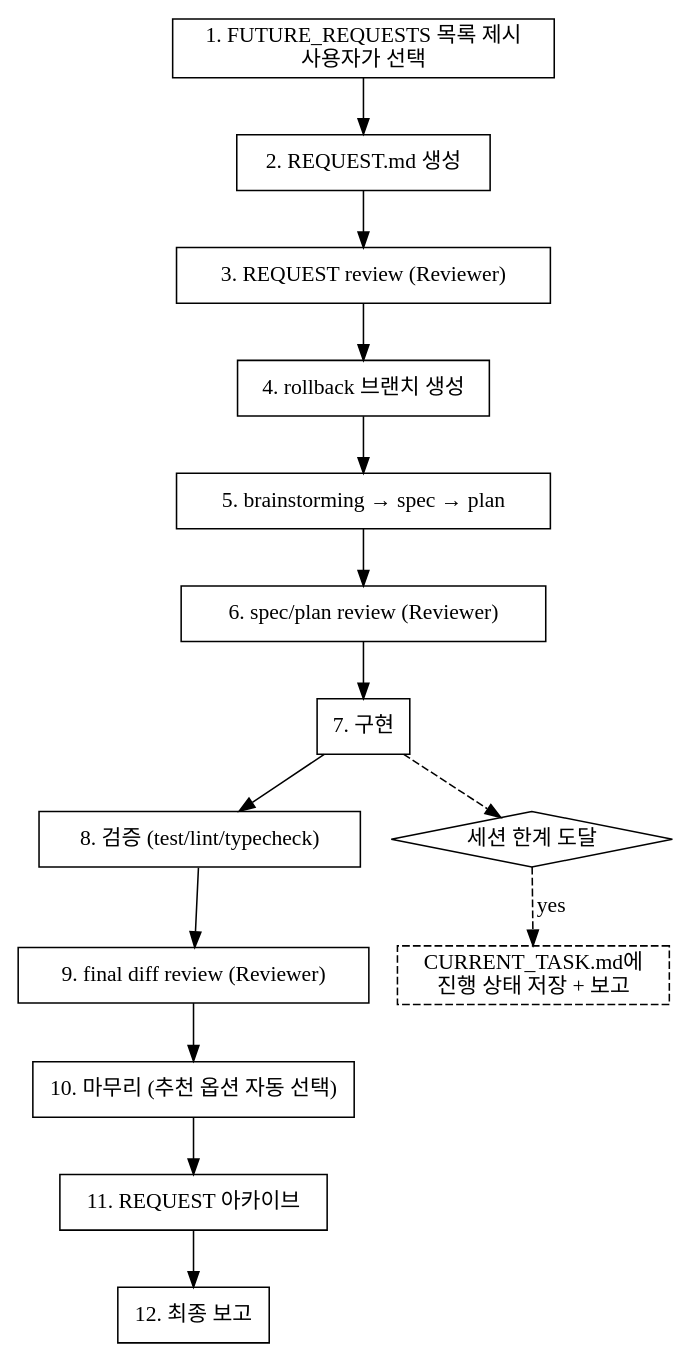
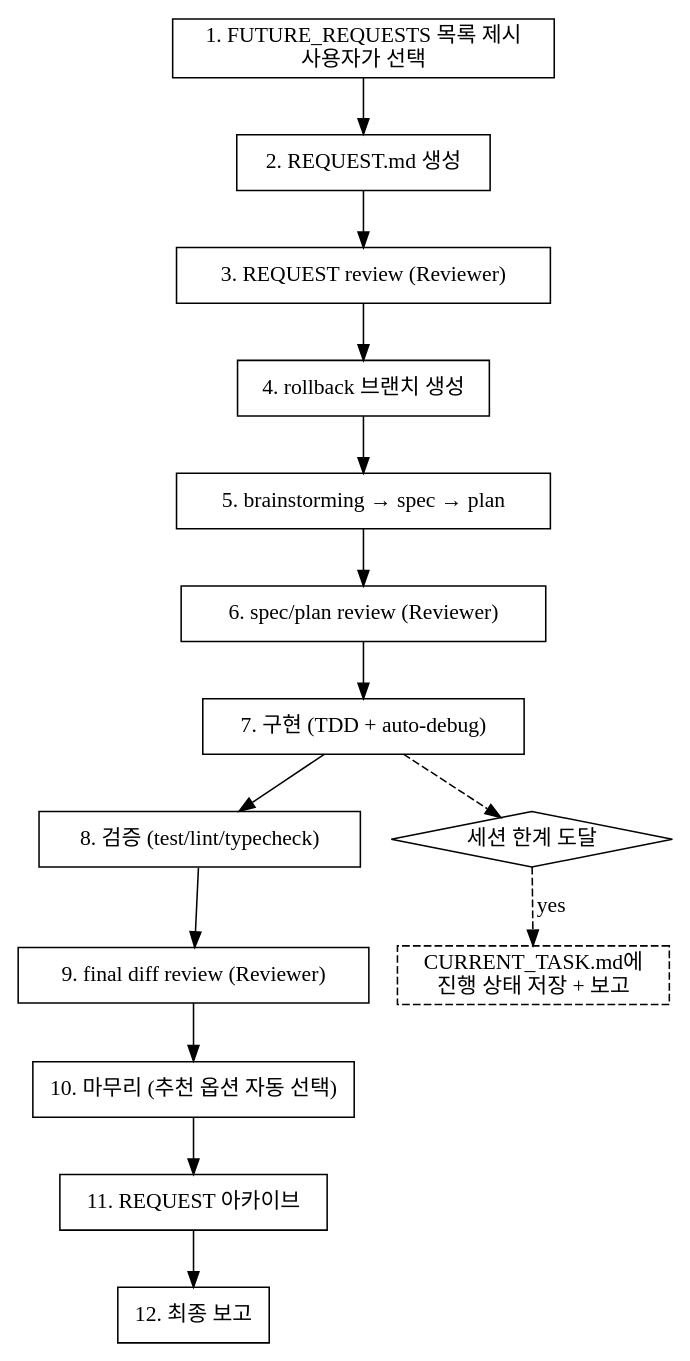
The diagram in rd-workflow/claude_skills/autopilot/SKILL.md (JuseongJee/review-driven-ai-workflow-lite), drawn with Graphviz before and after one commit. The commit also changed other lines of this file and 15 other files, not shown here.

````diff
--- a/rd-workflow/claude_skills/autopilot/SKILL.md
+++ b/rd-workflow/claude_skills/autopilot/SKILL.md
@@ -12,28 +12,28 @@
 ```dot
 digraph autopilot {
     rankdir=TB;
     node [shape=box];
 
     select [label="1. FUTURE_REQUESTS 목록 제시\n사용자가 선택"];
     request [label="2. REQUEST.md 생성"];
     request_review [label="3. REQUEST review (Reviewer)"];
     branch [label="4. rollback 브랜치 생성"];
     design [label="5. brainstorming → spec → plan"];
     spec_review [label="6. spec/plan review (Reviewer)"];
-    implement [label="7. 구현"];
+    implement [label="7. 구현 (TDD + auto-debug)"];
     verify [label="8. 검증 (test/lint/typecheck)"];
     diff_review [label="9. final diff review (Reviewer)"];
     finish [label="10. 마무리 (추천 옵션 자동 선택)"];
     archive [label="11. REQUEST 아카이브"];
     report [label="12. 최종 보고"];
 
     select -> request -> request_review -> branch -> design -> spec_review;
     spec_review -> implement -> verify -> diff_review -> finish -> archive -> report;
 
     session_limit [label="세션 한계 도달" shape=diamond];
     save_state [label="CURRENT_TASK.md에\n진행 상태 저장 + 보고" shape=box style=dashed];
 
     implement -> session_limit [style=dashed];
     session_limit -> save_state [label="yes" style=dashed];
 }
 ```
````
